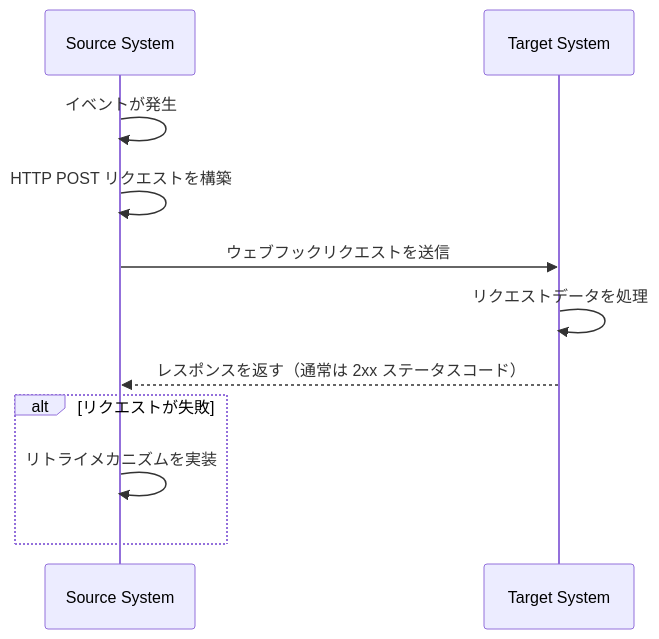
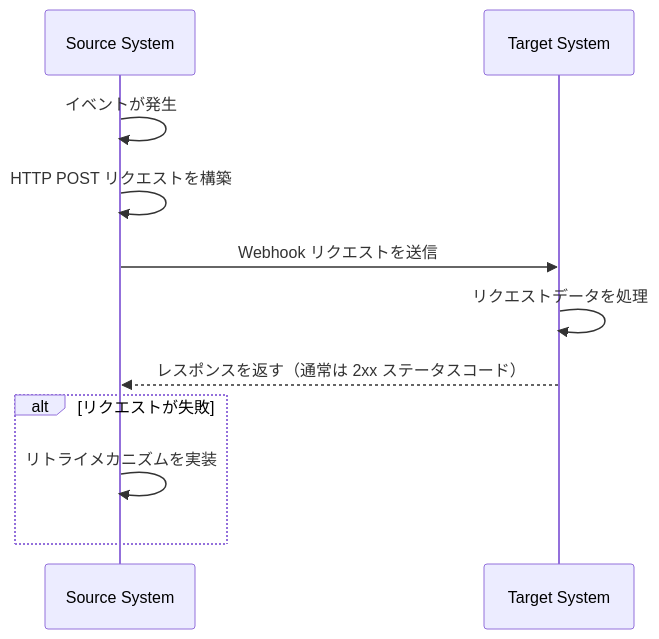
The first of 2 diagrams in src/content/terms/ja/webhook.mdx (logto-io/auth-wiki), drawn with Mermaid before and after one commit. The commit also changed other lines of this file and 98 other files, not shown here.

````diff
--- a/src/content/terms/ja/webhook.mdx
+++ b/src/content/terms/ja/webhook.mdx
@@ -13,15 +13,15 @@
 ```mermaid
 sequenceDiagram
     participant Source System
     participant Target System
     
     Source System->>Source System: イベントが発生
     Source System->>Source System: HTTP POST リクエストを構築
-    Source System->>Target System: ウェブフックリクエストを送信
+    Source System->>Target System: Webhook リクエストを送信
     Target System->>Target System: リクエストデータを処理
     Target System-->>Source System: レスポンスを返す（通常は 2xx ステータスコード）
     
     alt リクエストが失敗
         Source System->>Source System: リトライメカニズムを実装
     end
 ```
````
